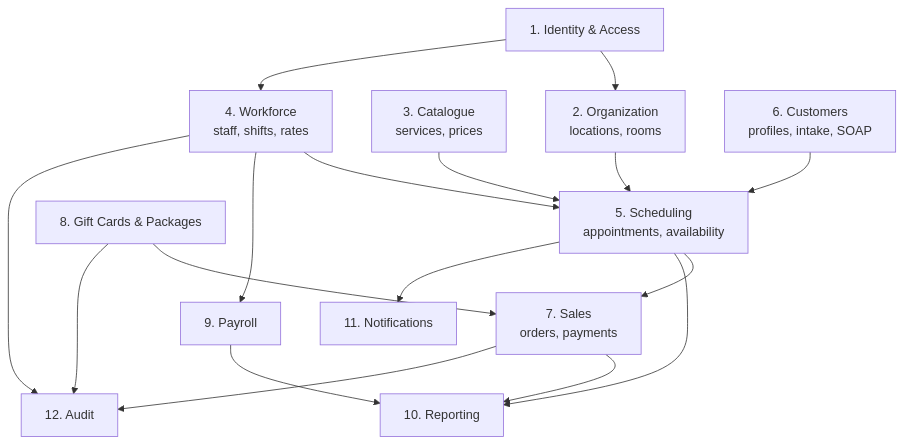
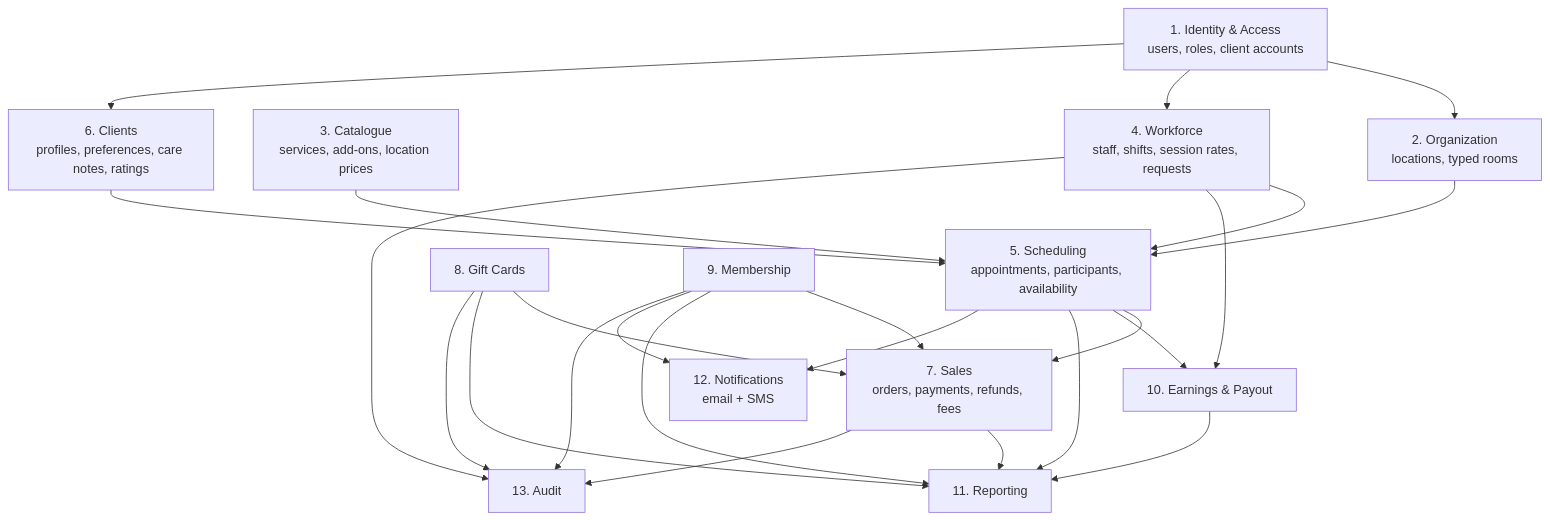
The first of 6 diagrams in docs/02-domain-model.md (Zogoo/salon_crm), drawn with Mermaid before and after one commit. The commit also changed other lines of this file and 8 other files, not shown here.

````diff
--- a/docs/02-domain-model.md
+++ b/docs/02-domain-model.md
@@ -12,32 +12,40 @@
 ```mermaid
 graph TB
-    IAM[1. Identity & Access]
-    ORG[2. Organization<br/>locations, rooms]
-    CAT[3. Catalogue<br/>services, prices]
-    WF[4. Workforce<br/>staff, shifts, rates]
-    SCH[5. Scheduling<br/>appointments, availability]
-    CRM[6. Customers<br/>profiles, intake, SOAP]
-    SAL[7. Sales<br/>orders, payments]
-    GC[8. Gift Cards & Packages]
-    PAY[9. Payroll]
-    RPT[10. Reporting]
-    NOT[11. Notifications]
-    AUD[12. Audit]
+    IAM[1. Identity & Access<br/>users, roles, client accounts]
+    ORG[2. Organization<br/>locations, typed rooms]
+    CAT[3. Catalogue<br/>services, add-ons, location prices]
+    WF[4. Workforce<br/>staff, shifts, session rates, requests]
+    SCH[5. Scheduling<br/>appointments, participants, availability]
+    CRM[6. Clients<br/>profiles, preferences, care notes, ratings]
+    SAL[7. Sales<br/>orders, payments, refunds, fees]
+    GC[8. Gift Cards]
+    MEM[9. Membership]
+    ERN[10. Earnings & Payout]
+    RPT[11. Reporting]
+    NOT[12. Notifications<br/>email + SMS]
+    AUD[13. Audit]
 
     IAM --> ORG
     IAM --> WF
+    IAM --> CRM
     ORG --> SCH
     CAT --> SCH
     WF --> SCH
     CRM --> SCH
     SCH --> SAL
     GC --> SAL
-    WF --> PAY
+    MEM --> SAL
+    SCH --> ERN
+    WF --> ERN
     SAL --> RPT
     SCH --> RPT
-    PAY --> RPT
+    ERN --> RPT
+    GC --> RPT
+    MEM --> RPT
     SCH --> NOT
+    MEM --> NOT
     SAL --> AUD
     WF --> AUD
     GC --> AUD
+    MEM --> AUD
 ```
````
